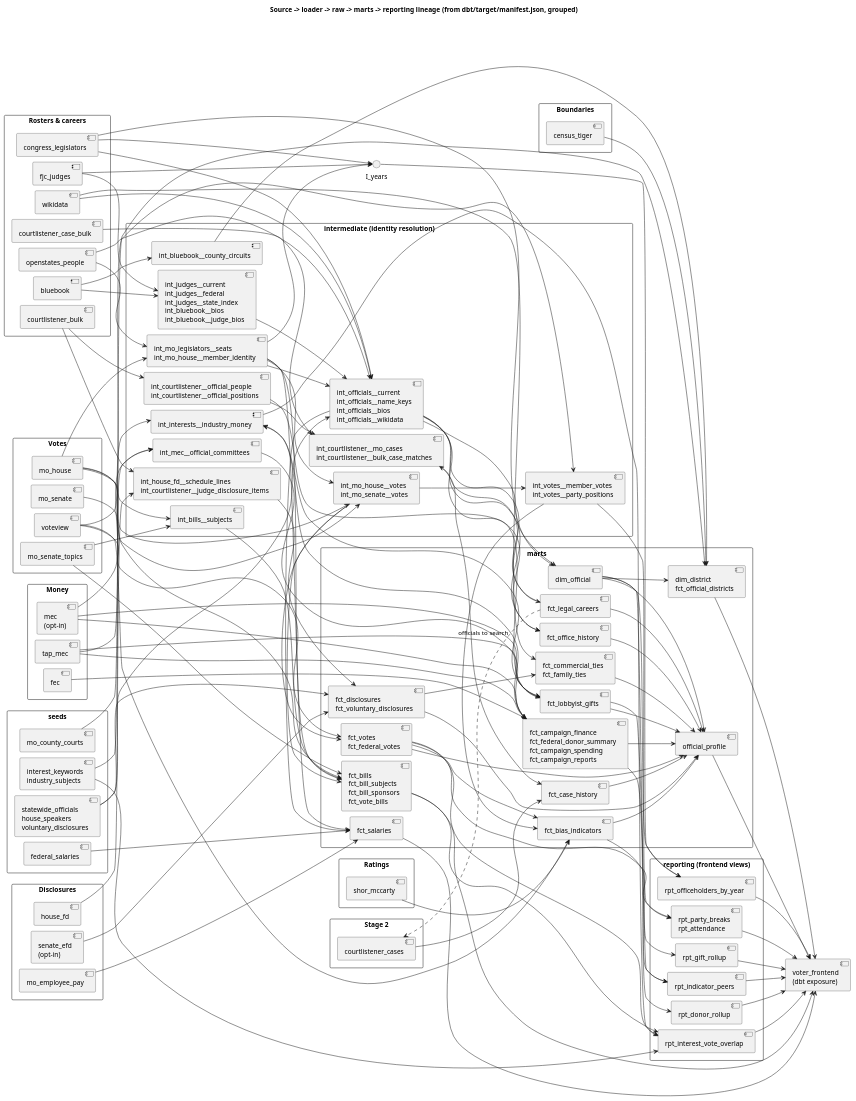
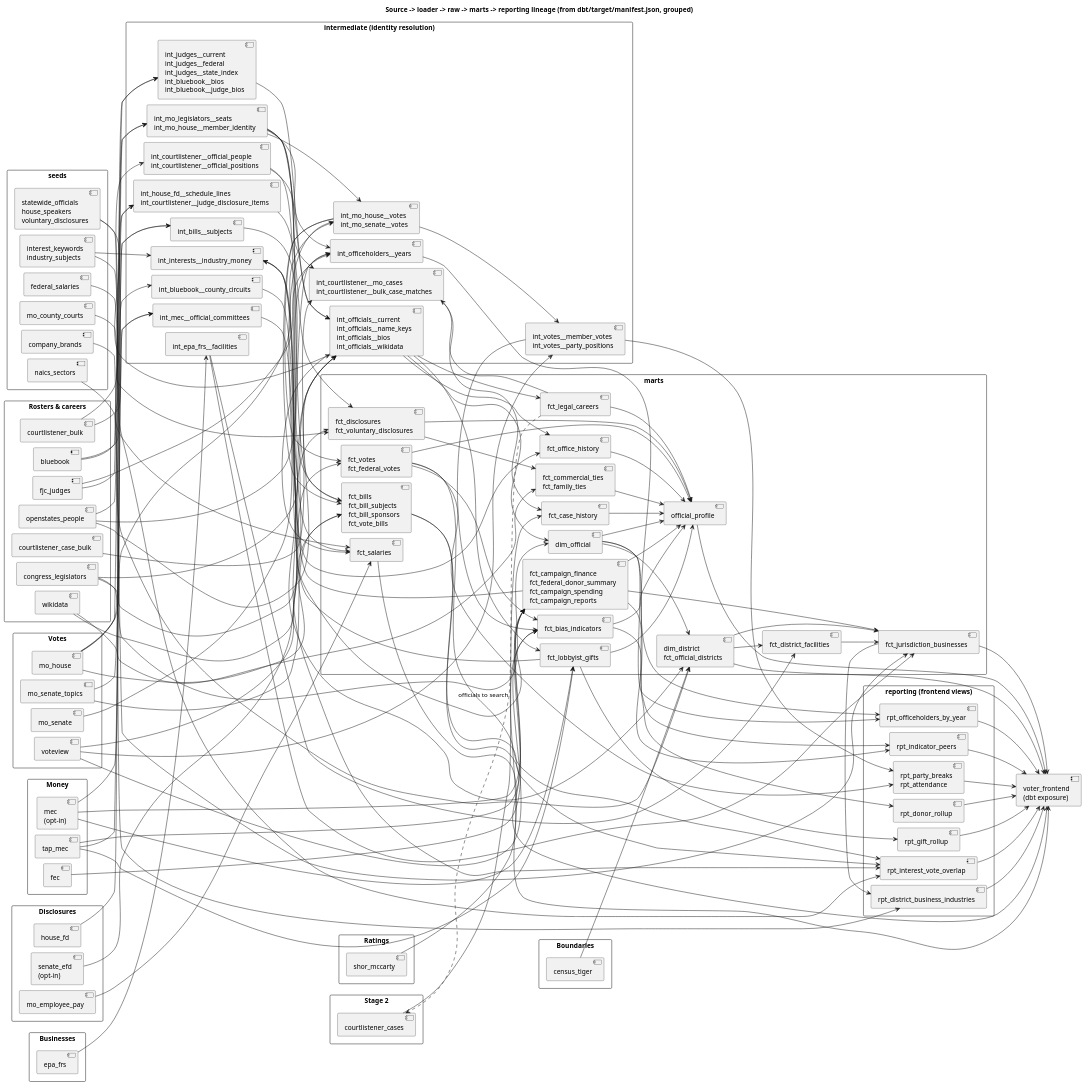
Before and after one commit to akettmann/missouri_gov_feed: the diagram in docs/diagrams/lineage.puml, drawn with PlantUML. The commit also changed 32 other files, not shown here.

First line of the commit message:
Green CI: Smetana diagrams with source stamps, Node+pnpm for frontend hooks

```diff
--- a/docs/diagrams/lineage.puml
+++ b/docs/diagrams/lineage.puml
@@ -33,6 +33,9 @@
 package "Boundaries" {
   [census_tiger] as L_tiger
 }
+package "Businesses" {
+  [epa_frs] as L_epa
+}
 package "Ratings" {
   [shor_mccarty] as L_sm
 }
@@ -44,6 +47,8 @@
   [mo_county_courts] as S_courts
   [federal_salaries] as S_fedpay
   [interest_keywords\nindustry_subjects] as S_interest
+  [company_brands] as S_brands
+  [naics_sectors] as S_naics
 }
 
 package "intermediate (identity resolution)" {
@@ -59,6 +64,8 @@
   [int_house_fd__schedule_lines\nint_courtlistener__judge_disclosure_items] as I_fd
   [int_courtlistener__official_people\nint_courtlistener__official_positions] as I_clpos
   [int_courtlistener__mo_cases\nint_courtlistener__bulk_case_matches] as I_cases
+  [int_officeholders__years] as I_years
+  [int_epa_frs__facilities] as I_frs
 }
 
 package "marts" {
@@ -76,6 +83,8 @@
   [fct_legal_careers] as F_legal
   [fct_case_history] as F_cases
   [official_profile] as profile
+  [fct_district_facilities] as F_fac
+  [fct_jurisdiction_businesses] as F_biz
 }
 
 package "reporting (frontend views)" {
@@ -85,6 +94,7 @@
   [rpt_gift_rollup] as R_gifts
   [rpt_interest_vote_overlap] as R_overlap
   [rpt_officeholders_by_year] as R_years
+  [rpt_district_business_industries] as R_ind
 }
 [voter_frontend\n(dbt exposure)] as EXP
 
@@ -194,10 +204,24 @@
 S_interest --> R_overlap
 R_overlap --> EXP
 I_seats --> I_years
+L_os --> I_years
 L_cl --> I_years
 L_fjc --> I_years
 I_years --> R_years
 dim --> R_years
 R_years --> EXP
 profile --> EXP
+
+L_epa --> I_frs
+I_frs --> F_fac
+D_dist --> F_fac
+I_frs --> F_biz
+F_fac --> F_biz
+D_dist --> F_biz
+F_money --> F_biz
+S_brands --> F_biz
+F_biz --> R_ind
+S_naics --> R_ind
+F_biz --> EXP
+R_ind --> EXP
 @enduml
```
